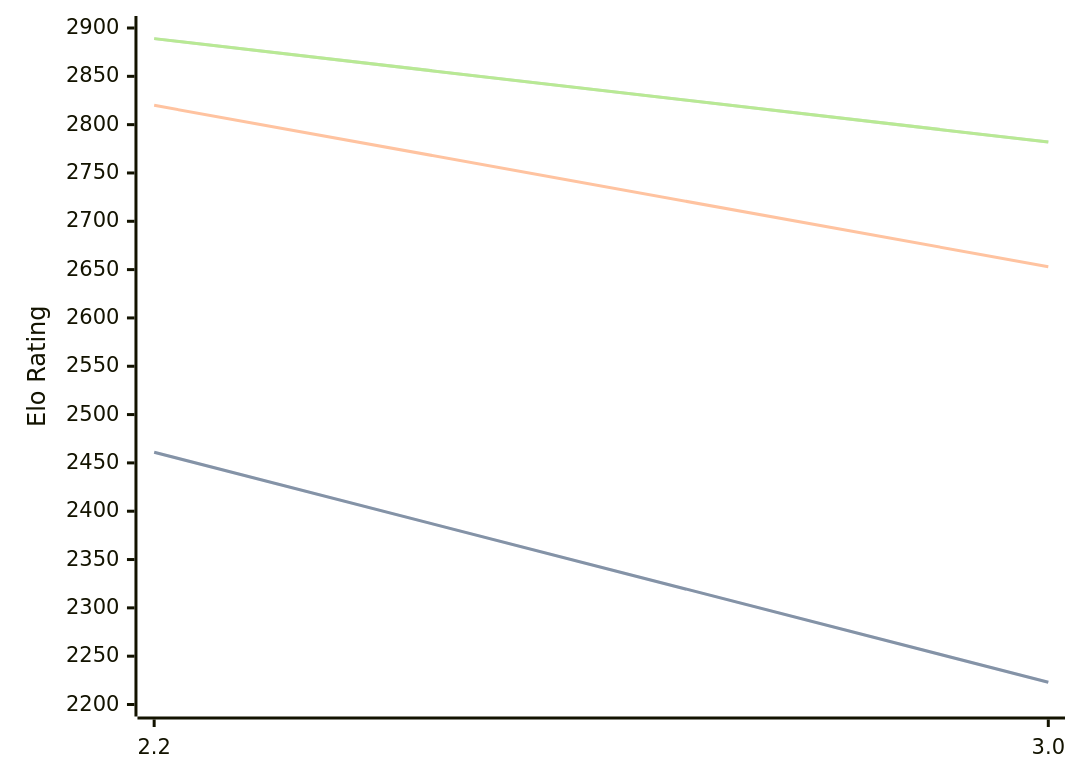
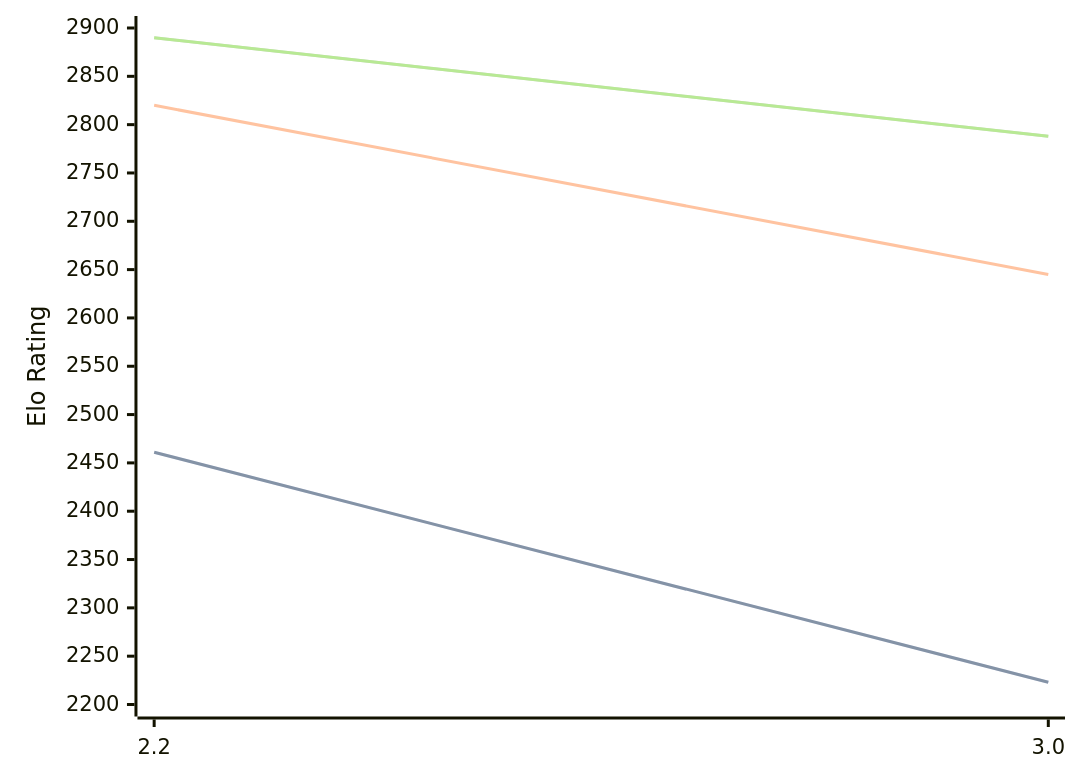
One commit to computer-chess-index/cci changed the third of 3 diagrams in engines/Thrawn.md. Above: the diagram before and after it, drawn with Mermaid. The commit also changed other lines of this file, not shown here.

Commit message:
Update CCI Ratings (ELO VLTC) - 2026-07-02

````diff
--- a/engines/Thrawn.md
+++ b/engines/Thrawn.md
@@ -73,11 +73,11 @@
 ```mermaid
 %%{init: {"theme":"base","themeVariables":{"seriesColors:['#a3a3a3','#222221','#faa371']}}}%%
 xychart-beta
   x-axis ["2.2", "3.0"]
   y-axis "Elo Rating" 2200 --> 2900
   line "STC (8.0+0.08s)" [2461, 2223]
   line "STC (8.0+0.08s)" [2461, 2223]
-  line "LTC (60.0+0.60s)" [2820, 2653]
-  line "VLTC (2m24s+1.12s)" [2889, 2782]
-  line "VLTC (2m24s+1.12s)" [2889, 2782]
+  line "LTC (60.0+0.60s)" [2820, 2645]
+  line "VLTC (2m24s+1.12s)" [2890, 2788]
+  line "VLTC (2m24s+1.12s)" [2890, 2788]
 ```
````
